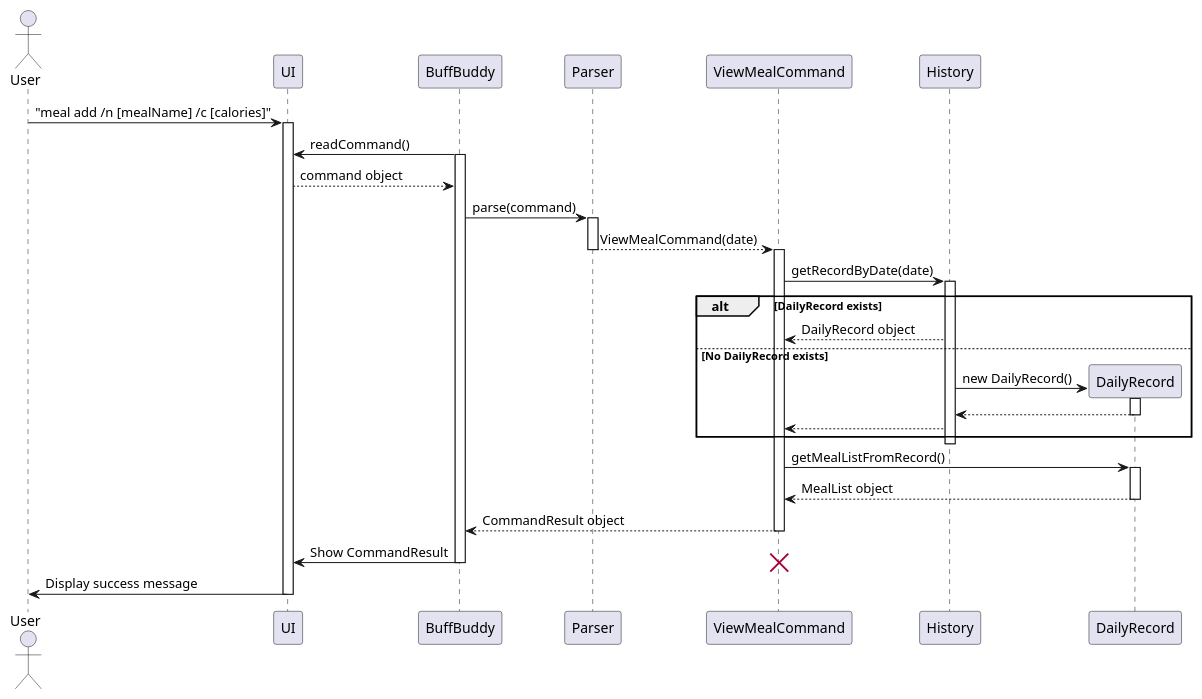
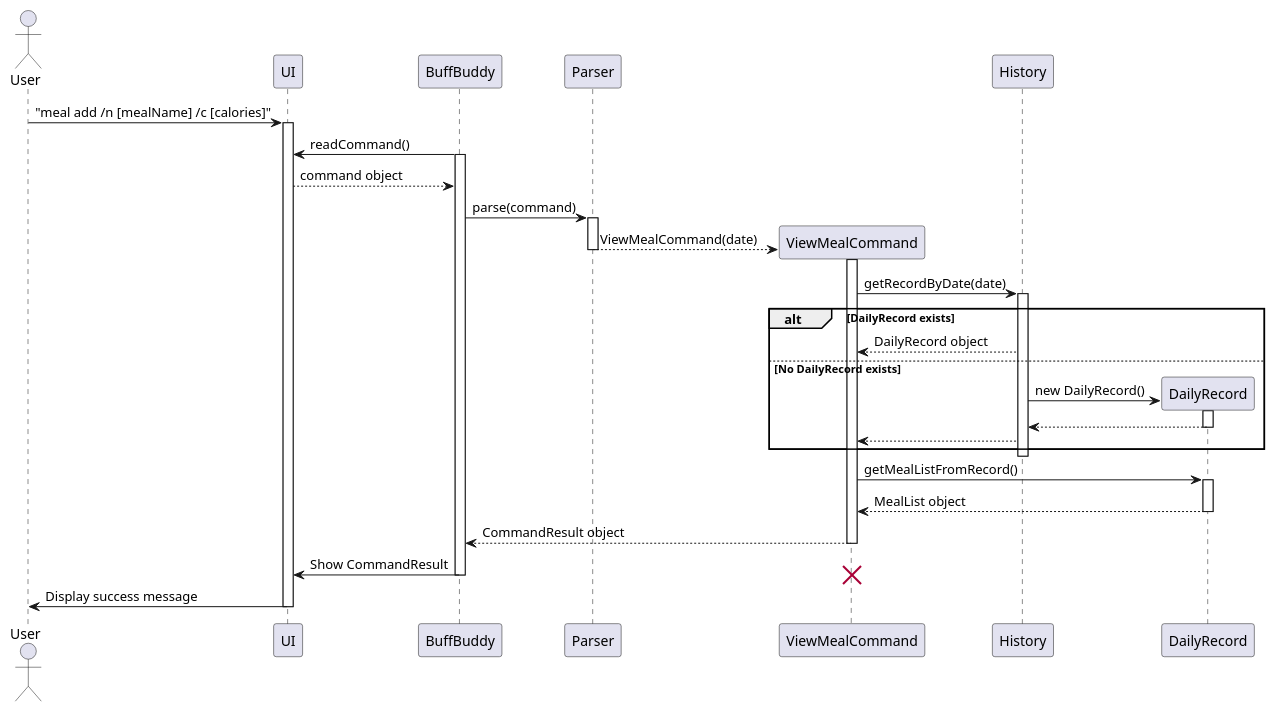
One commit to nus-cs2113-AY2425S1/tp changed the diagram in docs/diagrams/viewMealSequenceDiagram.puml. Above: the diagram before and after it, drawn with PlantUML. The commit also changed 5 other files, not shown here.

Commit message:
Edited Meal sequence diagrams AGAIN

```diff
--- a/docs/diagrams/viewMealSequenceDiagram.puml
+++ b/docs/diagrams/viewMealSequenceDiagram.puml
@@ -1,52 +1,53 @@
 @startuml
 actor User
 participant "UI" as UI
 participant "BuffBuddy" as BB
 participant "Parser" as Parser
 participant "ViewMealCommand" as ViewCmd
 participant "History" as History
 participant "DailyRecord" as DailyRec
 
 User -> UI: "meal add /n [mealName] /c [calories]"
 activate UI
 BB -> UI: readCommand()
 activate BB
 UI --> BB: command object
 BB -> Parser: parse(command)
 activate Parser
 
+create ViewCmd
 Parser --> ViewCmd: ViewMealCommand(date)
 deactivate Parser
 activate ViewCmd
 
 ViewCmd -> History: getRecordByDate(date)
 activate History
 
 alt DailyRecord exists
   History --> ViewCmd: DailyRecord object
 else No DailyRecord exists
 create DailyRec
   History -> DailyRec: new DailyRecord()
   activate DailyRec
   DailyRec --> History
   deactivate DailyRec
   History --> ViewCmd
 end
 deactivate History
 
 ViewCmd -> DailyRec: getMealListFromRecord()
 activate DailyRec
 DailyRec --> ViewCmd: MealList object
 deactivate DailyRec
 
 ViewCmd --> BB: CommandResult object
 deactivate ViewCmd
 
 BB -> UI: Show CommandResult
 deactivate BB
 destroy ViewCmd
 
 UI -> User: Display success message
 deactivate UI
 
 @enduml
```
